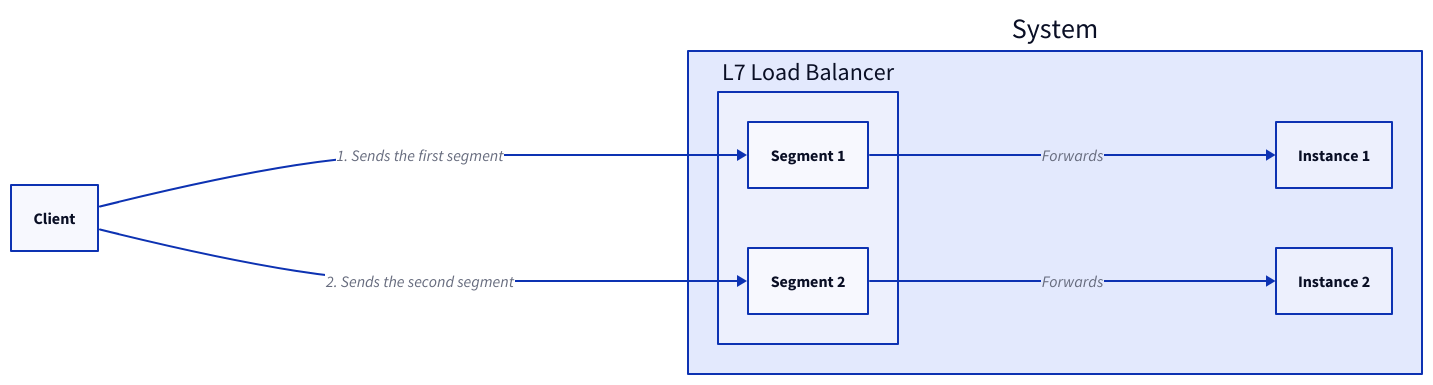
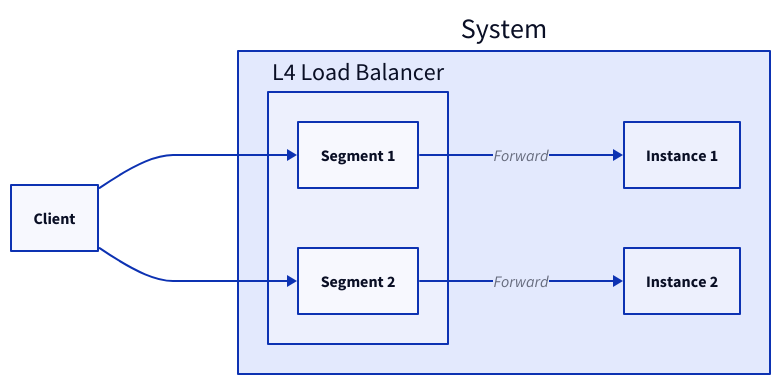
Diagram 19 of 20 in content/docs/web-service/load-balancer.md (link1905/system-design-101), drawn with D2 before and after one commit. The commit also changed other lines of this file and 14 other files, not shown here.

````diff
--- a/content/docs/web-service/load-balancer.md
+++ b/content/docs/web-service/load-balancer.md
@@ -648,27 +722,27 @@
 ```d2
 
 direction: right
 s: System {
-    lb: L7 Load Balancer {
+    lb: L4 Load Balancer {
         s1: Segment 1
         s2: Segment 2
     }
     s1: Instance 1 {
        class: server
     }
     s2: Instance 2 {
        class: server
     }
-    lb.s1 -> s1: Forwards {
+    lb.s1 -> s1: Forward {
       class: error-conn
     }
-    lb.s2 -> s2: Forwards {
+    lb.s2 -> s2: Forward {
       class: error-conn
     }
 }
 c: Client {
   class: client
 }
-c -> s.lb.s1: 1. Sends the first segment
-c -> s.lb.s2: 2. Sends the second segment
+c -> s.lb.s1
+c -> s.lb.s2
 ```
````
